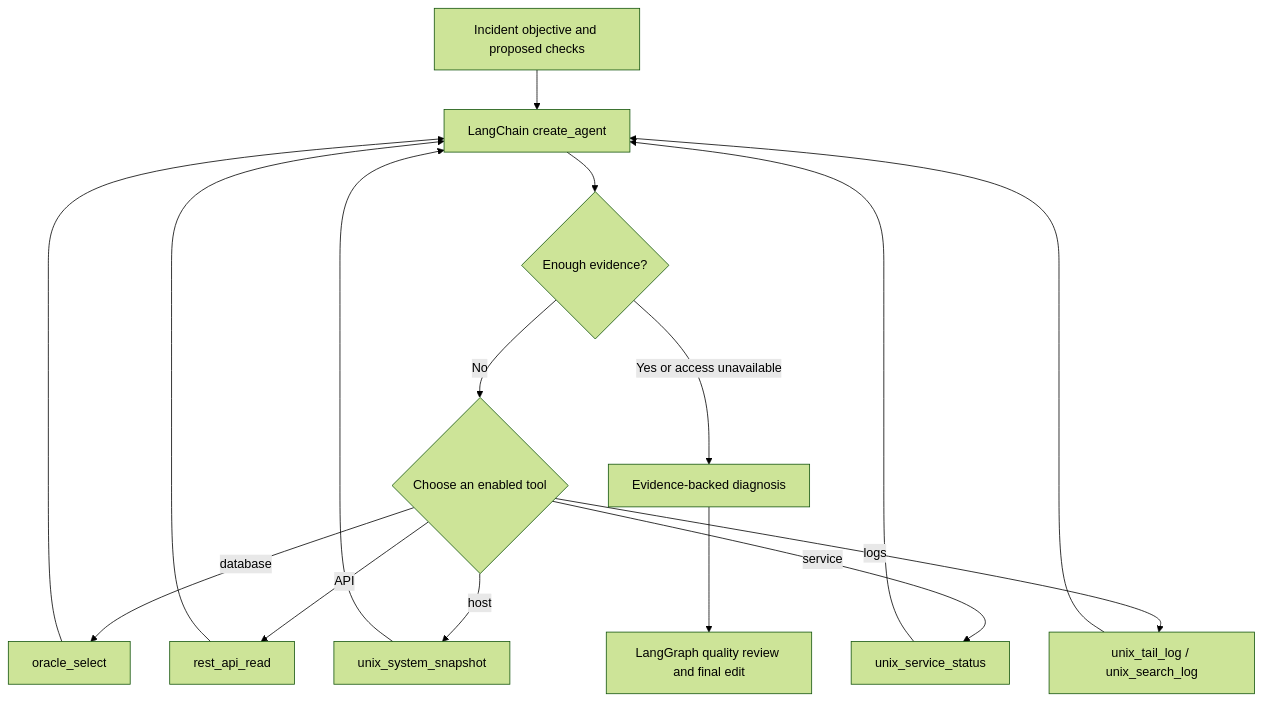
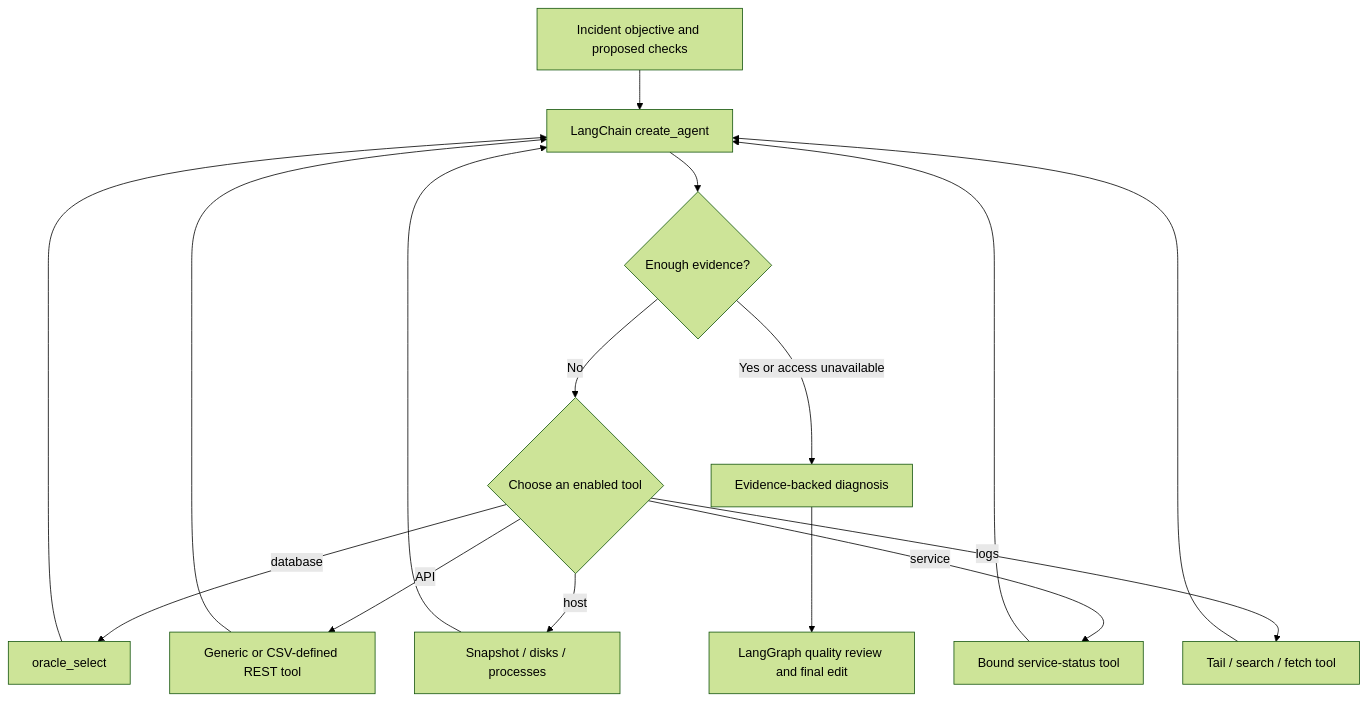
One commit to shailesh7382/agentic-flow changed the third of 4 diagrams in README.md. Above: the diagram before and after it, drawn with Mermaid (forest theme). The commit also changed other lines of this file and 20 other files, not shown here.

````diff
--- a/README.md
+++ b/README.md
@@ -110,18 +111,18 @@
 ```mermaid
 flowchart TD
     I["Incident objective and proposed checks"] --> A["LangChain create_agent"]
     A --> D{"Enough evidence?"}
     D -->|"No"| T{"Choose an enabled tool"}
     T -->|"database"| O["oracle_select"]
-    T -->|"API"| R["rest_api_read"]
-    T -->|"host"| S["unix_system_snapshot"]
-    T -->|"service"| V["unix_service_status"]
-    T -->|"logs"| L["unix_tail_log / unix_search_log"]
+    T -->|"API"| R["Generic or CSV-defined REST tool"]
+    T -->|"host"| S["Snapshot / disks / processes"]
+    T -->|"service"| V["Bound service-status tool"]
+    T -->|"logs"| L["Tail / search / fetch tool"]
     O --> A
     R --> A
     S --> A
     V --> A
     L --> A
     D -->|"Yes or access unavailable"| P["Evidence-backed diagnosis"]
     P --> Q["LangGraph quality review and final edit"]
 ```
````
